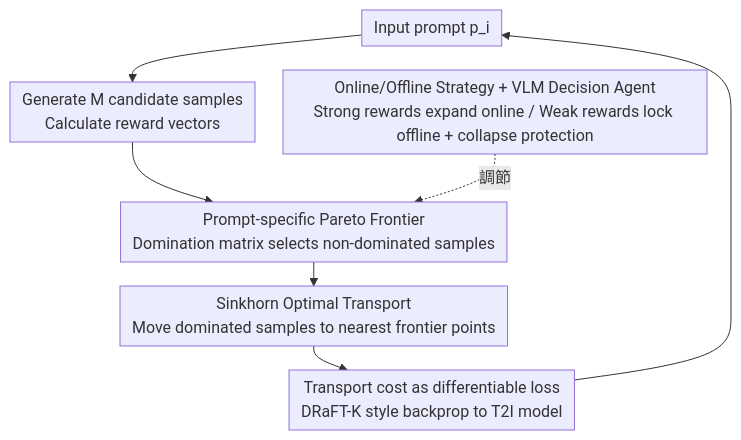
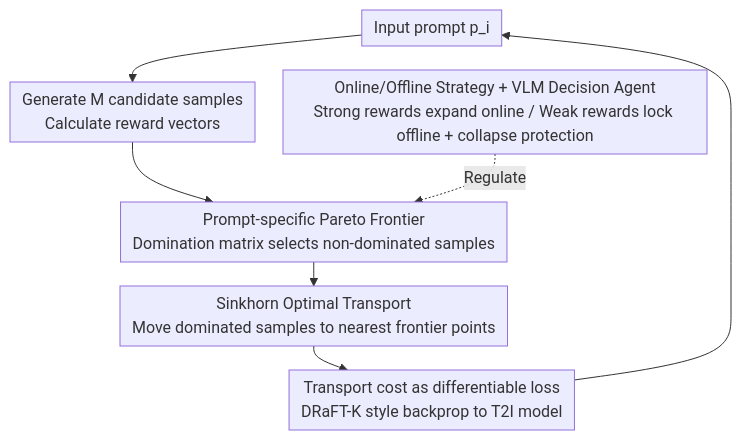
Before and after one commit to zhaoyang97/Paper-Notes-en: the diagram in docs/ICML2026/image_generation/pareto-guided_optimal_transport_for_multi-reward_alignment.md, drawn with Mermaid. The commit also changed 644 other files, not shown here.

````diff
--- a/docs/ICML2026/image_generation/pareto-guided_optimal_transport_for_multi-reward_alignment.md
+++ b/docs/ICML2026/image_generation/pareto-guided_optimal_transport_for_multi-reward_alignment.md
@@ -48,10 +48,10 @@
 ```mermaid
 %%{init: {'flowchart': {'rankSpacing': 24, 'nodeSpacing': 28, 'padding': 6, 'wrappingWidth': 400}}}%%
 flowchart TD
     P["Input prompt p_i"] --> GEN["Generate M candidate samples<br/>Calculate reward vectors"]
     GEN --> FRONT["Prompt-specific Pareto Frontier<br/>Domination matrix selects non-dominated samples"]
     FRONT --> OT["Sinkhorn Optimal Transport<br/>Move dominated samples to nearest frontier points"]
     OT --> LOSS["Transport cost as differentiable loss<br/>DRaFT-K style backprop to T2I model"]
     LOSS --> P
-    STRAT["Online/Offline Strategy + VLM Decision Agent<br/>Strong rewards expand online / Weak rewards lock offline + collapse protection"] -.調節.-> FRONT
+    STRAT["Online/Offline Strategy + VLM Decision Agent<br/>Strong rewards expand online / Weak rewards lock offline + collapse protection"] -.Regulate.-> FRONT
 ```
````
